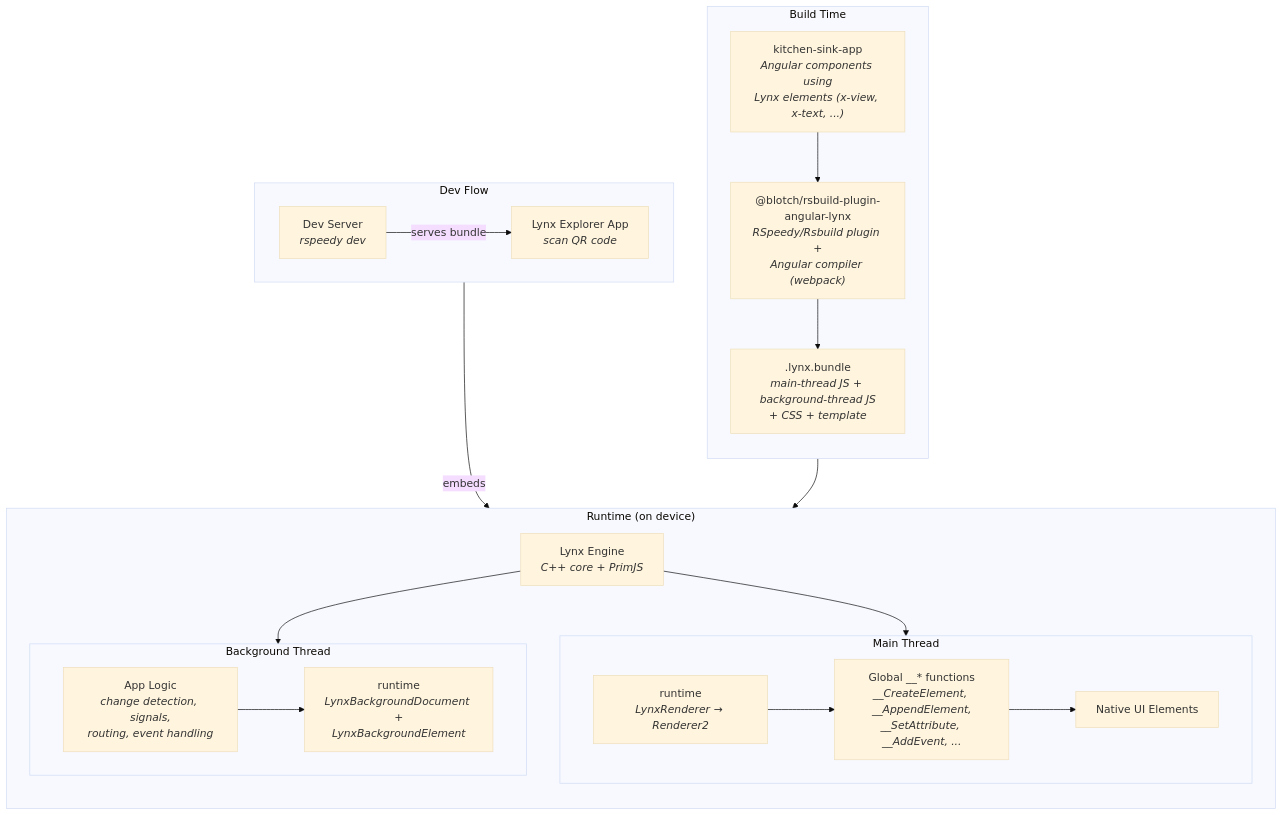
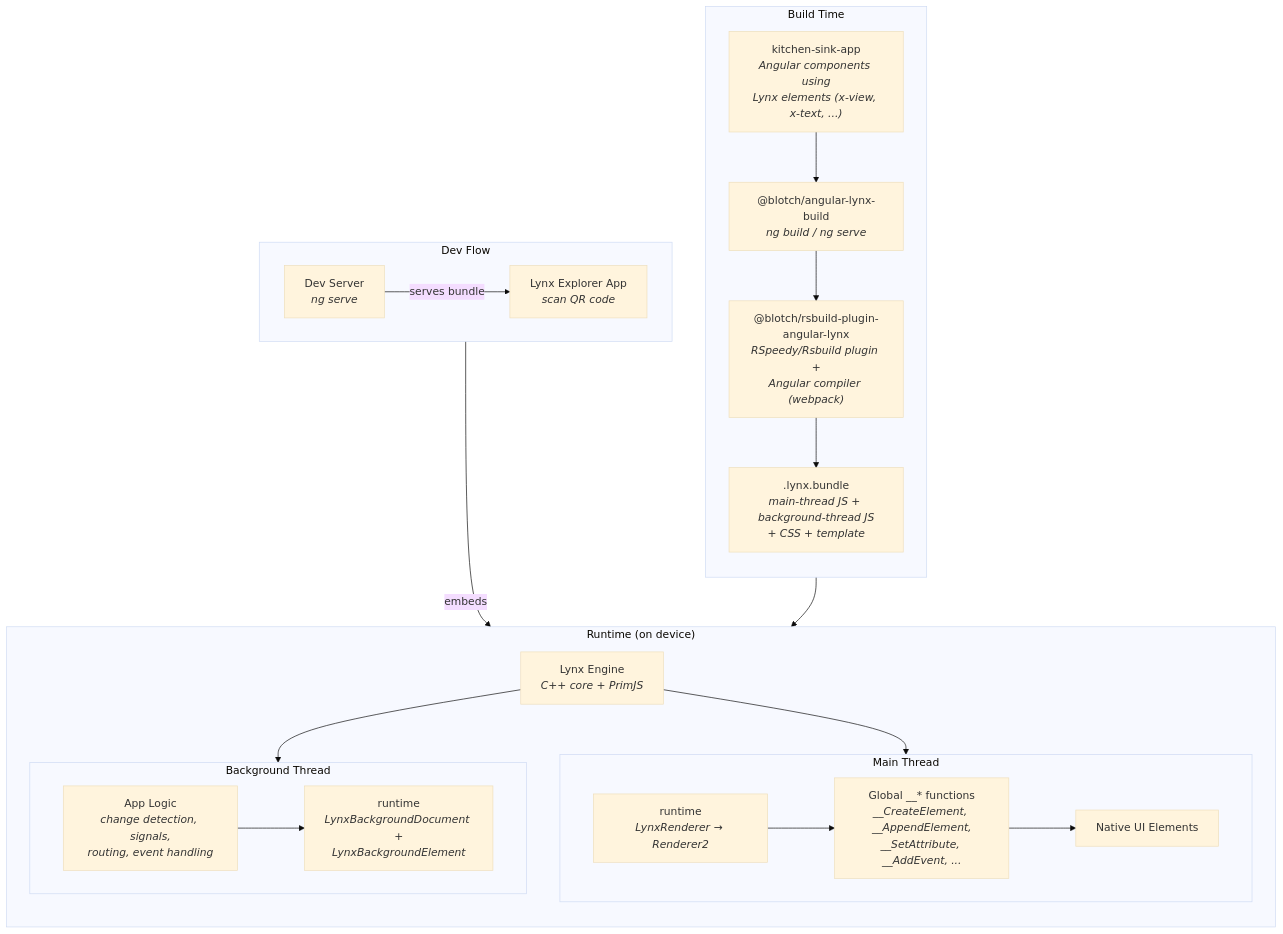
The diagram in README.md (Blotch-Smart-Frames/AngularLynx), drawn with Mermaid (base theme) before and after one commit. The commit also changed other lines of this file and 325 other files, not shown here.

Commit message:
refactor: Move the Angular CLI builders into @blotch/angular-lynx-build (#24)

````diff
--- a/README.md
+++ b/README.md
@@ -42,46 +44,47 @@
 ```mermaid
 graph TB
     subgraph build ["Build Time"]
         direction TB
         src["kitchen-sink-app<br/><i>Angular components using<br/>Lynx elements (x-view, x-text, ...)</i>"]
+        builder["@blotch/angular-lynx-build<br/><i>ng build / ng serve</i>"]
         plugin["@blotch/rsbuild-plugin-angular-lynx<br/><i>RSpeedy/Rsbuild plugin +<br/>Angular compiler (webpack)</i>"]
         bundle[".lynx.bundle<br/><i>main-thread JS + background-thread JS<br/>+ CSS + template</i>"]
 
-        src --> plugin --> bundle
+        src --> builder --> plugin --> bundle
     end
 
     subgraph device ["Runtime (on device)"]
         direction TB
         engine["Lynx Engine<br/><i>C++ core + PrimJS</i>"]
 
         subgraph main ["Main Thread"]
             renderer["runtime<br/><i>LynxRenderer → Renderer2</i>"]
             globals["Global __* functions<br/><i>__CreateElement, __AppendElement,<br/>__SetAttribute, __AddEvent, ...</i>"]
             native["Native UI Elements"]
 
             renderer --> globals --> native
         end
 
         subgraph bg ["Background Thread"]
             bg_runtime["runtime<br/><i>LynxBackgroundDocument +<br/>LynxBackgroundElement</i>"]
             app_logic["App Logic<br/><i>change detection, signals,<br/>routing, event handling</i>"]
 
             app_logic --> bg_runtime
         end
 
         engine --> main
         engine --> bg
     end
 
     bundle --> engine
 
     subgraph dev ["Dev Flow"]
         direction LR
-        dev_server["Dev Server<br/><i>rspeedy dev</i>"]
+        dev_server["Dev Server<br/><i>ng serve</i>"]
         explorer["Lynx Explorer App<br/><i>scan QR code</i>"]
 
         dev_server -- "serves bundle" --> explorer
     end
 
     explorer -- "embeds" --> engine
 ```
````
